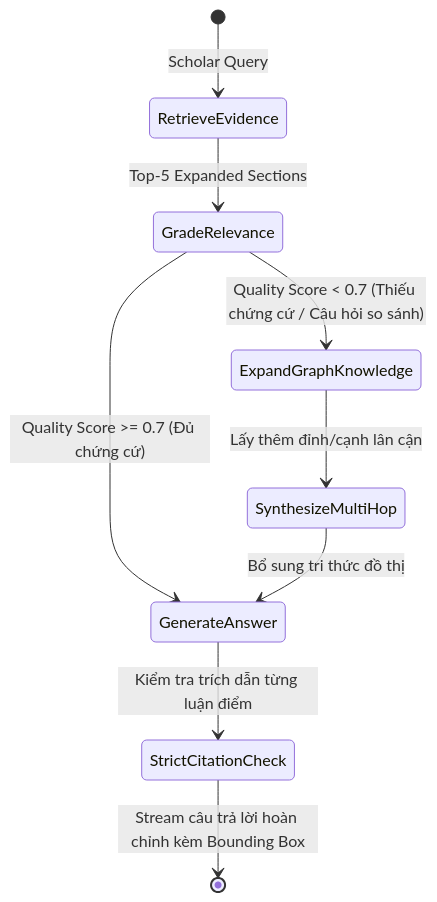
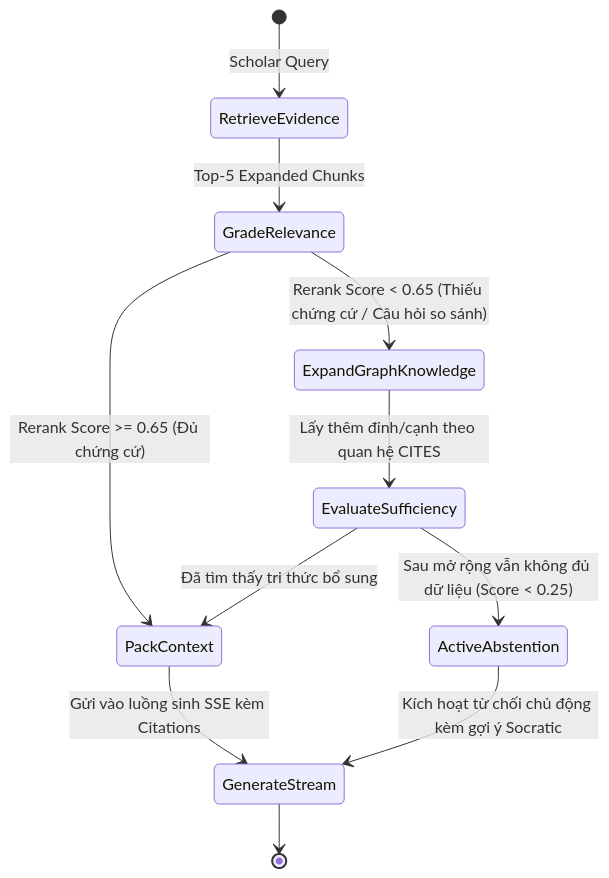
The diagram in docs/superpowers/specs/2026-10-29-advanced-rag-reasoning-architecture-design.md (dammanhdungvn/VeriScholar), drawn with Mermaid before and after one commit. The commit also changed other lines of this file, not shown here.

Commit message:
docs: refine thesis advanced rag architecture spec based on builder check

````diff
--- a/docs/superpowers/specs/2026-10-29-advanced-rag-reasoning-architecture-design.md
+++ b/docs/superpowers/specs/2026-10-29-advanced-rag-reasoning-architecture-design.md
@@ -102,15 +114,18 @@
 ```mermaid
 stateDiagram-v2
     [*] --> RetrieveEvidence: Scholar Query
-    RetrieveEvidence --> GradeRelevance: Top-5 Expanded Sections
+    RetrieveEvidence --> GradeRelevance: Top-5 Expanded Chunks
     
     state GradeRelevance <<choice>>
-    GradeRelevance --> GenerateAnswer: Quality Score >= 0.7 (Đủ chứng cứ)
-    GradeRelevance --> ExpandGraphKnowledge: Quality Score < 0.7 (Thiếu chứng cứ / Câu hỏi so sánh)
+    GradeRelevance --> PackContext: Rerank Score >= 0.65 (Đủ chứng cứ)
+    GradeRelevance --> ExpandGraphKnowledge: Rerank Score < 0.65 (Thiếu chứng cứ / Câu hỏi so sánh)
     
-    ExpandGraphKnowledge --> SynthesizeMultiHop: Lấy thêm đỉnh/cạnh lân cận
-    SynthesizeMultiHop --> GenerateAnswer: Bổ sung tri thức đồ thị
+    ExpandGraphKnowledge --> EvaluateSufficiency: Lấy thêm đỉnh/cạnh theo quan hệ CITES
+    state EvaluateSufficiency <<choice>>
+    EvaluateSufficiency --> PackContext: Đã tìm thấy tri thức bổ sung
+    EvaluateSufficiency --> ActiveAbstention: Sau mở rộng vẫn không đủ dữ liệu (Score < 0.25)
     
-    GenerateAnswer --> StrictCitationCheck: Kiểm tra trích dẫn từng luận điểm
-    StrictCitationCheck --> [*]: Stream câu trả lời hoàn chỉnh kèm Bounding Box
+    PackContext --> GenerateStream: Gửi vào luồng sinh SSE kèm Citations
+    ActiveAbstention --> GenerateStream: Kích hoạt từ chối chủ động kèm gợi ý Socratic
+    GenerateStream --> [*]
 ```
````
